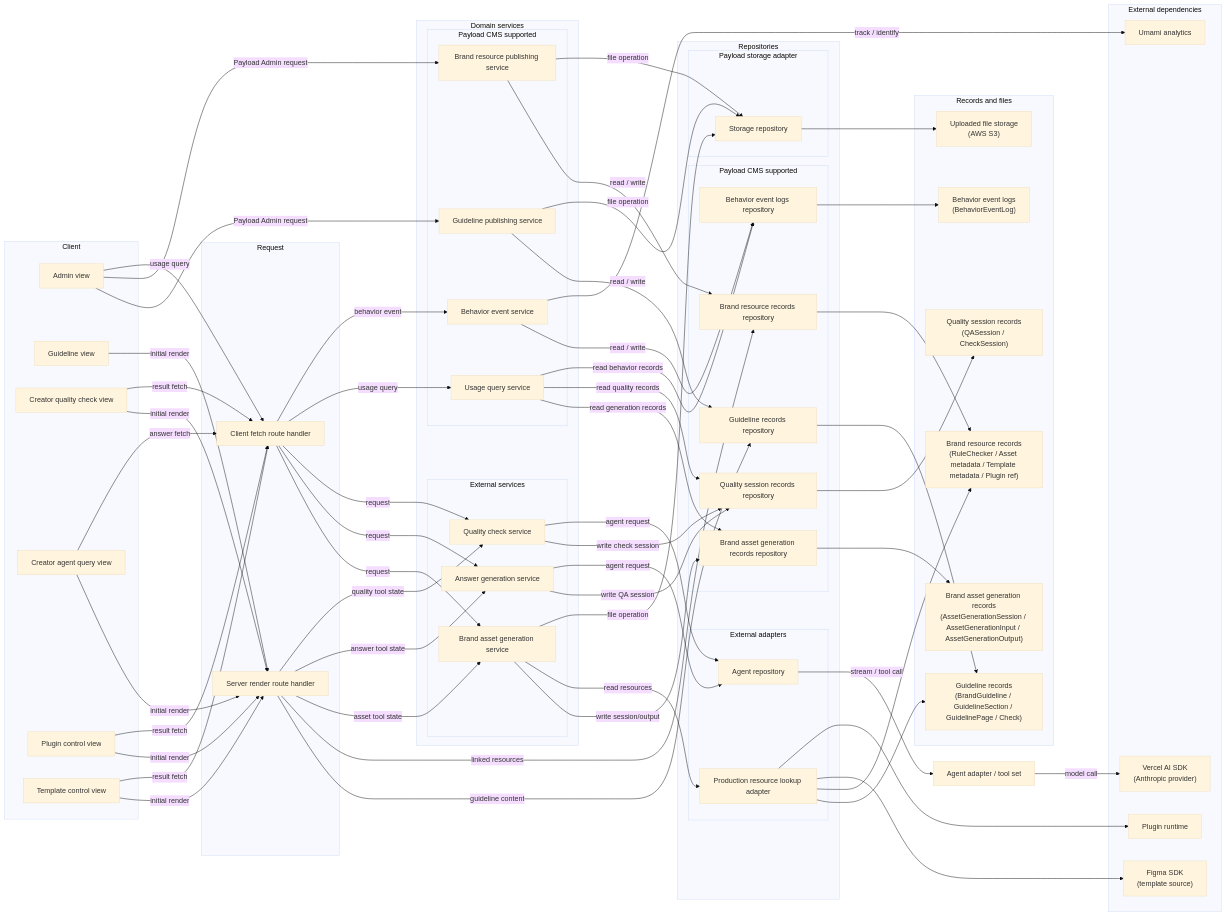
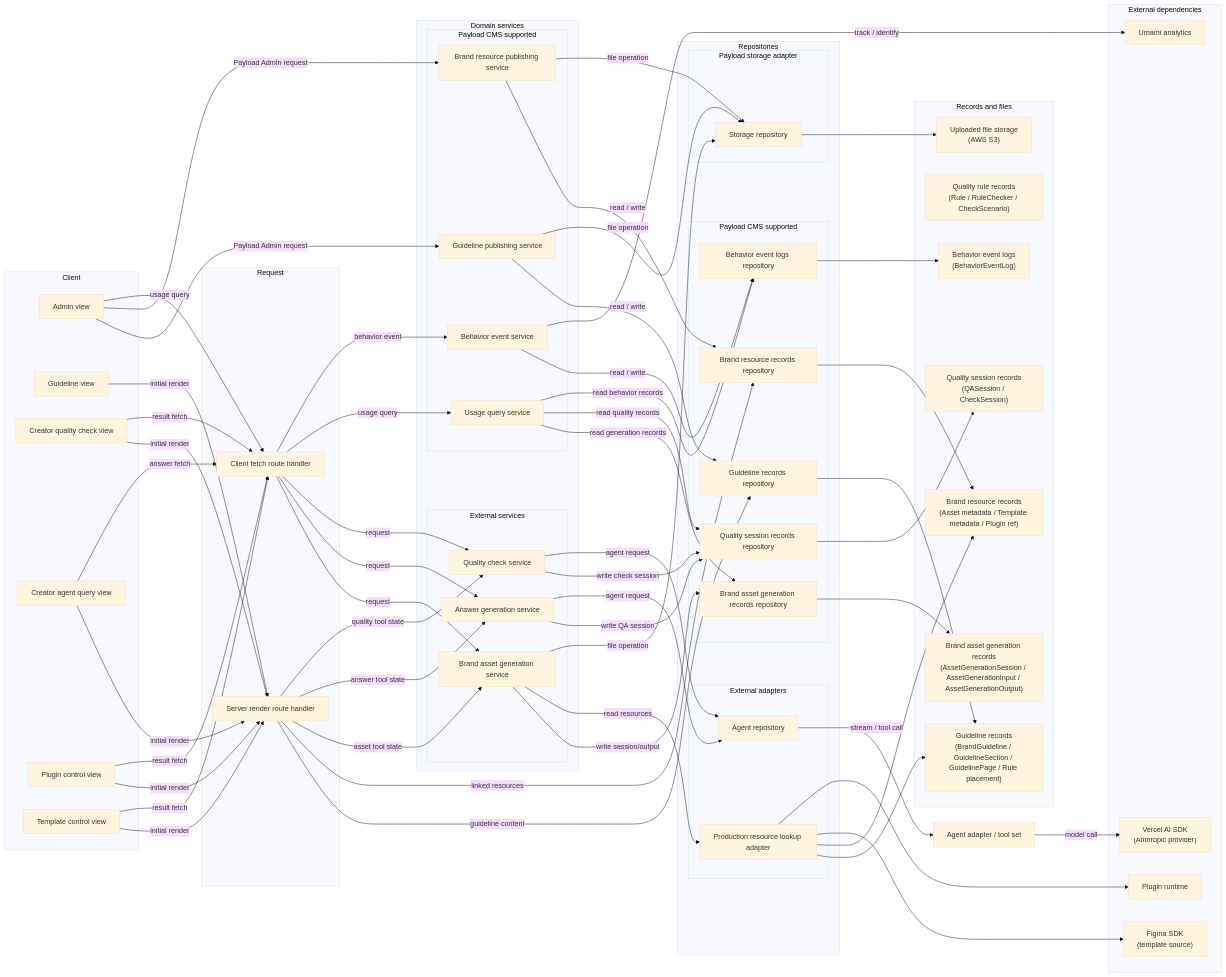
One commit to ewoooo/living-brand-system changed the first of 8 diagrams in docs/05-system-architecture.md. Above: the diagram before and after it, drawn with Mermaid (base theme). The commit also changed other lines of this file and 57 other files, not shown here.

```diff
--- a/docs/05-system-architecture.md
+++ b/docs/05-system-architecture.md
@@ -154,8 +154,9 @@
   AgentAdapter["Agent adapter / tool set"]
 
   subgraph Storage["Records and files"]
-    GuidelineStore["Guideline records<br/>(BrandGuideline / GuidelineSection / GuidelinePage / Check)"]
-    BrandResourceStore["Brand resource records<br/>(RuleChecker / Asset metadata / Template metadata / Plugin ref)"]
+    GuidelineStore["Guideline records<br/>(BrandGuideline / GuidelineSection / GuidelinePage / Rule placement)"]
+    QualityRuleStore["Quality rule records<br/>(Rule / RuleChecker / CheckScenario)"]
+    BrandResourceStore["Brand resource records<br/>(Asset metadata / Template metadata / Plugin ref)"]
     BrandAssetGenerationStore["Brand asset generation records<br/>(AssetGenerationSession / AssetGenerationInput / AssetGenerationOutput)"]
     QualityStore["Quality session records<br/>(QASession / CheckSession)"]
     BehaviorEventStore["Behavior event logs<br/>(BehaviorEventLog)"]
```
